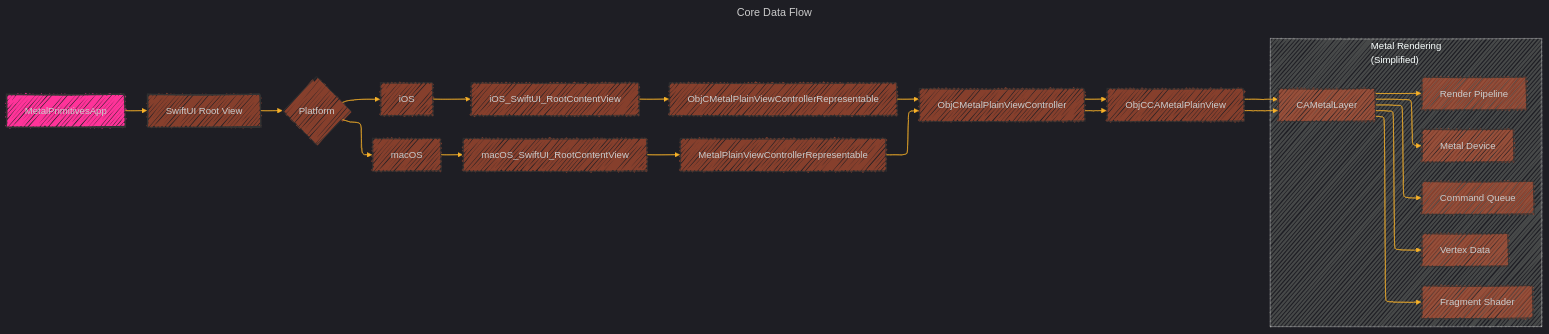
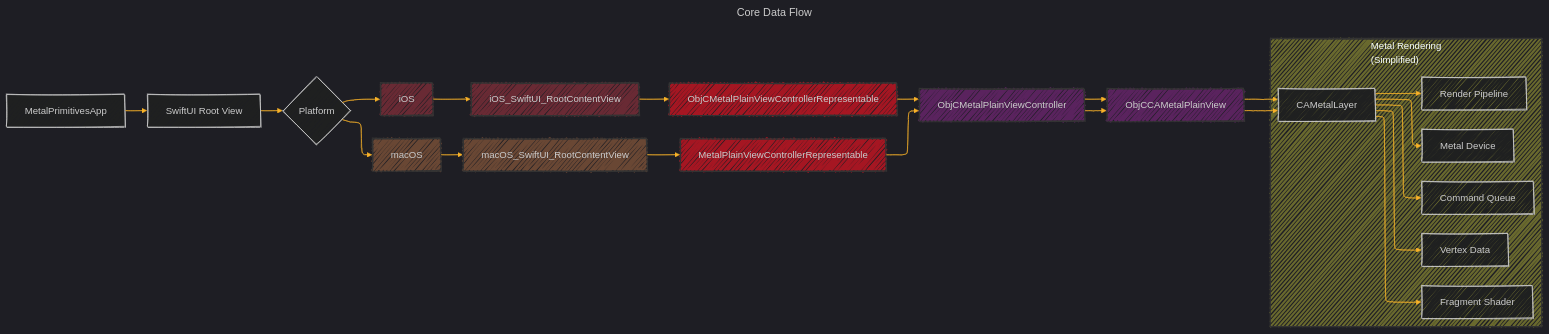
The fourth of 8 diagrams in Documentation_Consolidated_Version_Draft_2.md (CongLeSolutionX/Metal-Primitives), drawn with Mermaid before and after one commit.

```diff
--- a/Documentation_Consolidated_Version_Draft_2.md
+++ b/Documentation_Consolidated_Version_Draft_2.md
@@ -269,48 +269,51 @@
   }
 }%%
 graph LR
-    A[MetalPrimitivesApp] --> B[SwiftUI Root View];
-    B --> C{Platform};
-    C --> D[iOS];
-    C --> E[macOS];
+    A[MetalPrimitivesApp] --> B[SwiftUI Root View]
+    B --> C{Platform}
+    C --> D[iOS]
+    C --> E[macOS]
 
-    D --> F[iOS_SwiftUI_RootContentView];
-    F --> G[ObjCMetalPlainViewControllerRepresentable];
-    G --> H[ObjCMetalPlainViewController];
-    H --> I[ObjCCAMetalPlainView];
-    I --> J[CAMetalLayer];
+    D --> F[iOS_SwiftUI_RootContentView]
+    F --> G[ObjCMetalPlainViewControllerRepresentable]
+    G --> H[ObjCMetalPlainViewController]
+    H --> I[ObjCCAMetalPlainView]
+    I --> J[CAMetalLayer]
 
-    E --> K[macOS_SwiftUI_RootContentView];
-    K --> L[MetalPlainViewControllerRepresentable];
-    L --> H;
-    H --> I;
-    I --> J;
+    E --> K[macOS_SwiftUI_RootContentView]
+    K --> L[MetalPlainViewControllerRepresentable]
+    L --> H
+    H --> I
+    I --> J
 
     subgraph Metal_Rendering_Simplified["Metal Rendering<br>(Simplified)"]
-        J --> M[Metal Device];
-        J --> N[Command Queue];
-        J --> O[Render Pipeline];
-        J --> P[Vertex Data];
-        J --> Q[Fragment Shader];
+    style Metal_Rendering_Simplified fill:#ff45,stroke:#333,stroke-width:2px
+        J --> M[Metal Device]
+        J --> N[Command Queue]
+        J --> O[Render Pipeline]
+        J --> P[Vertex Data]
+        J --> Q[Fragment Shader]
     end
 
-    style A fill:#f39f,stroke:#333,stroke-width:2px
-    style B fill:#c539,stroke:#333,stroke-width:2px
-    style C fill:#c539,stroke:#333,stroke-width:1px
-    style D fill:#c539,stroke:#333,stroke-width:1px
-    style E fill:#c539,stroke:#333,stroke-width:1px
-    style F fill:#c539,stroke:#333,stroke-width:1px
-    style G fill:#c539,stroke:#333,stroke-width:1px
-    style H fill:#c539,stroke:#333,stroke-width:1px
-    style I fill:#c539,stroke:#333,stroke-width:1px
-    style J fill:#c539,stroke:#333,stroke-width:1px
-    style K fill:#c539,stroke:#333,stroke-width:1px
-    style L fill:#c539,stroke:#333,stroke-width:1px
-    style M fill:#c539,stroke:#333,stroke-width:1px
-    style N fill:#c539,stroke:#333,stroke-width:1px
-    style O fill:#c539,stroke:#333,stroke-width:1px
-    style P fill:#c539,stroke:#333,stroke-width:1px
-    style Q fill:#c539,stroke:#333,stroke-width:1px
+
+    classDef Style_for_Swift_Code fill:#f129,stroke:#333,stroke-width:2px
+    class L,G Style_for_Swift_Code
+
+    classDef Style_for_Bridging_Header_File fill:#f455,stroke:#333,stroke-width:2px
+    
+
+    classDef Style_for_ObjC_Code fill:#f3f4,stroke:#333,stroke-width:2px
+    class H,I Style_for_ObjC_Code
+    
+    classDef Style_for_iOS_Platform fill:#f455,stroke:#333,stroke-width:2px
+    class D,F Style_for_iOS_Platform
+
+    classDef Style_for_macOS_Platform fill:#f955,stroke:#333,stroke-width:2px
+    class E,K Style_for_macOS_Platform
+    
+
+    classDef Metal fill:#fff4,stroke:#333,stroke-width:2px
+    
 
     click A "https://developer.apple.com/documentation/swiftui/app"
     click B "https://developer.apple.com/documentation/swiftui/view"
```
